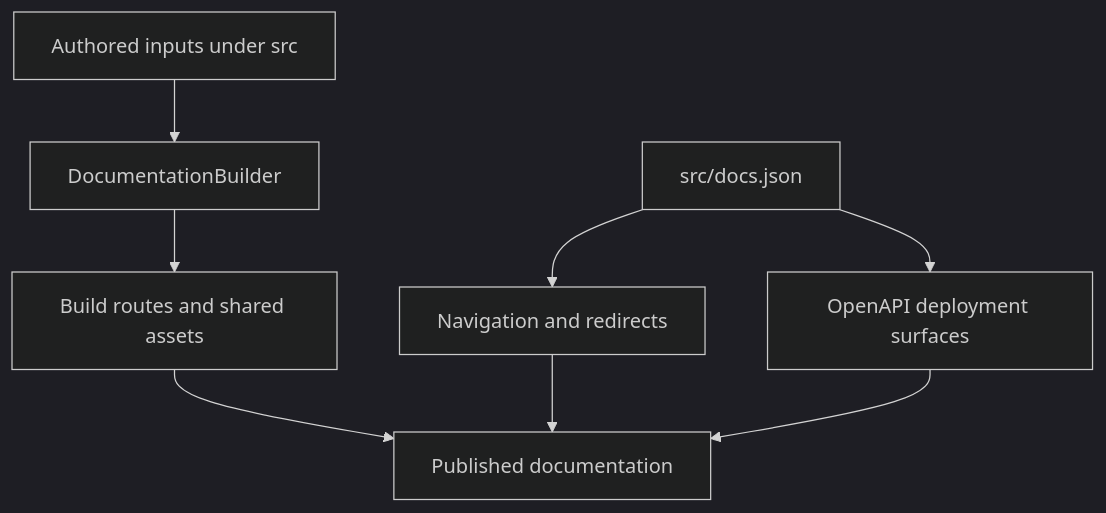
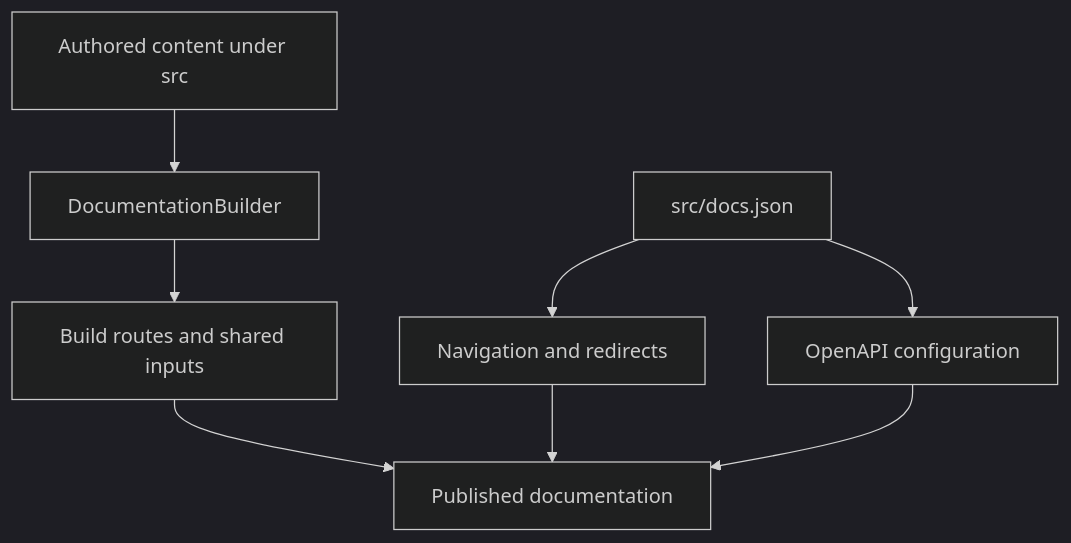
One commit to langchain-ai/docs changed the diagram in openwiki/architecture/source-map.md. Above: the diagram before and after it, drawn with Mermaid (dark theme). The commit also changed other lines of this file and 41 other files, not shown here.

````diff
--- a/openwiki/architecture/source-map.md
+++ b/openwiki/architecture/source-map.md
@@ -41,10 +41,10 @@
 ```mermaid
 flowchart TD
-    Source["Authored inputs under src"] --> Builder["DocumentationBuilder"]
-    Builder --> Routes["Build routes and shared assets"]
-    Config["src/docs.json"] --> Nav["Navigation and redirects"]
-    Config --> Api["OpenAPI deployment surfaces"]
-    Routes --> Site["Published documentation"]
-    Nav --> Site
+    Source["Authored content under src"] --> Builder["DocumentationBuilder"]
+    Builder --> Output["Build routes and shared inputs"]
+    Config["src/docs.json"] --> Navigation["Navigation and redirects"]
+    Config --> Api["OpenAPI configuration"]
+    Output --> Site["Published documentation"]
+    Navigation --> Site
     Api --> Site
 ```
````
